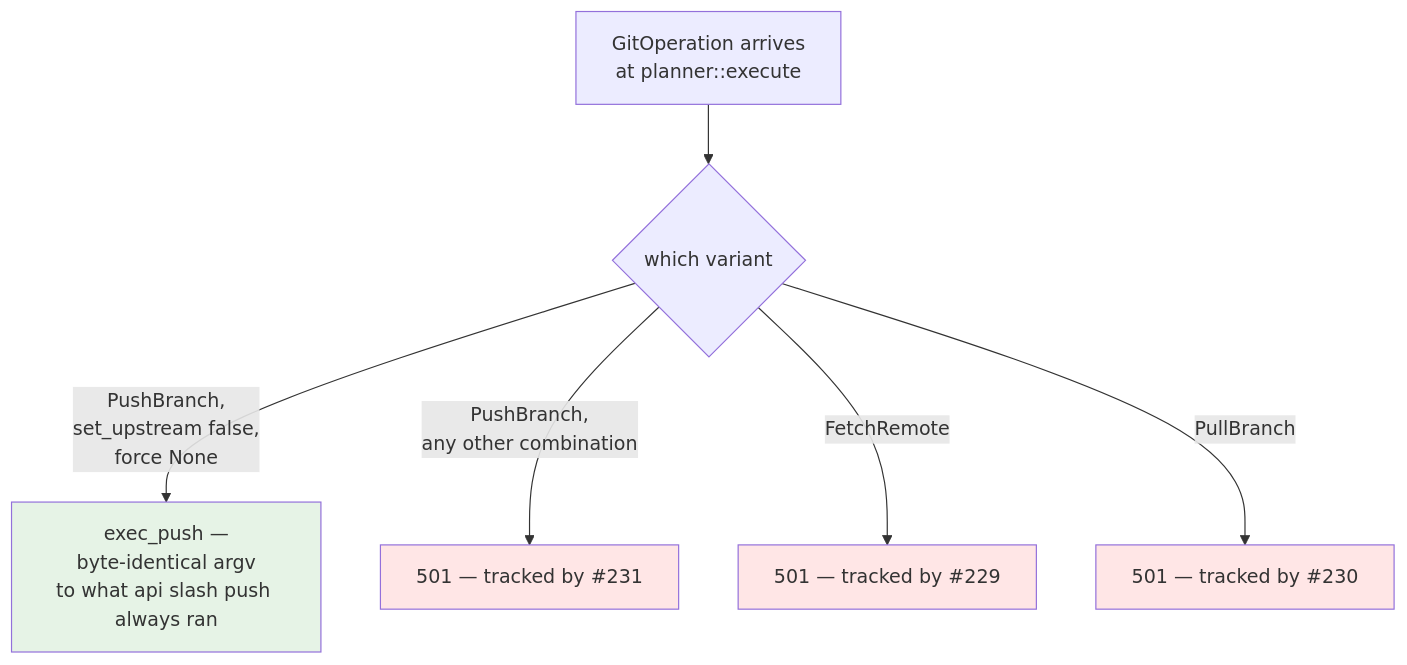
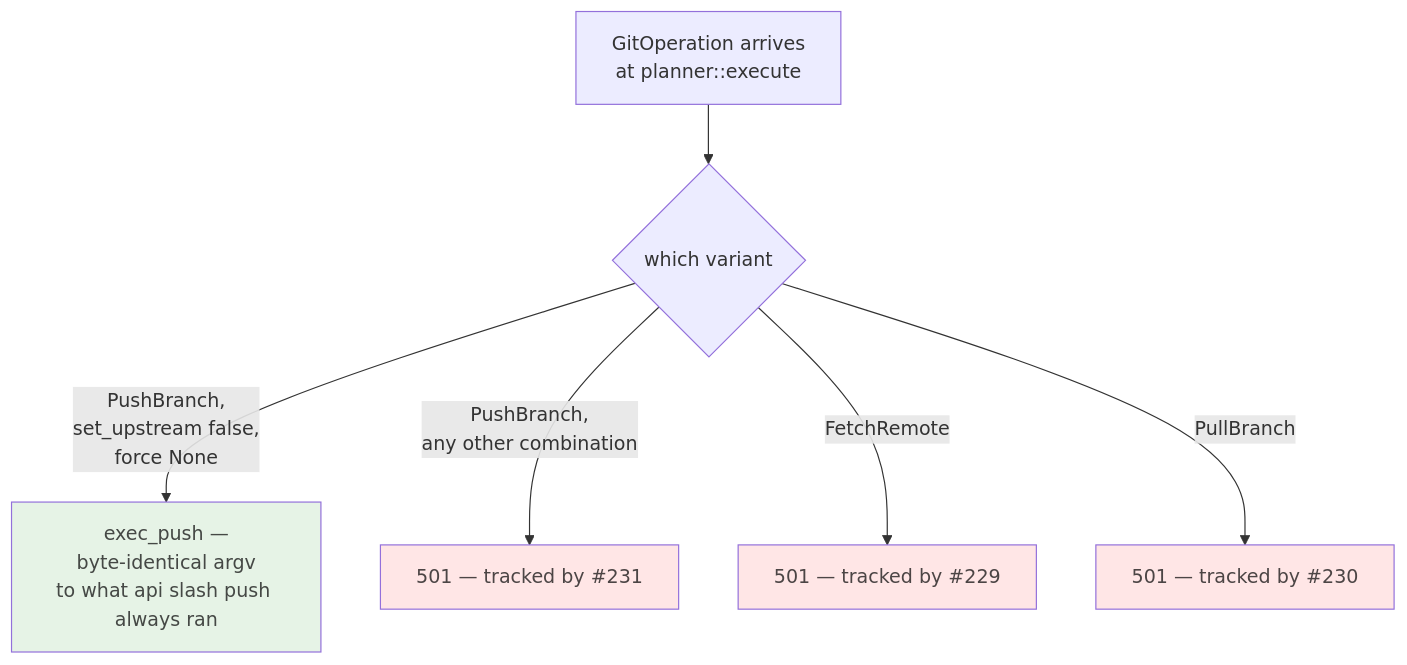
One commit to tom2025b/git-vista changed the sixth of 7 diagrams in docs/adr/0039-remote-operation-vocabulary.md. Above: the diagram before and after it, drawn with Mermaid. The commit also changed other lines of this file and 21 other files, not shown here.

````diff
--- a/docs/adr/0039-remote-operation-vocabulary.md
+++ b/docs/adr/0039-remote-operation-vocabulary.md
@@ -262,12 +262,12 @@
 ```mermaid
 flowchart TD
     Op["GitOperation arrives<br/>at planner::execute"] --> Which{"which variant"}
     Which -->|"PushBranch,<br/>set_upstream false,<br/>force None"| Exec["exec_push —<br/>byte-identical argv<br/>to what api slash push always ran"]
     Which -->|"PushBranch,<br/>any other combination"| R1["501 — tracked by #231"]
     Which -->|"FetchRemote"| R2["501 — tracked by #229"]
     Which -->|"PullBranch"| R3["501 — tracked by #230"]
-    style Exec fill:#e6f3e6
-    style R1 fill:#ffe6e6
-    style R2 fill:#ffe6e6
-    style R3 fill:#ffe6e6
+    style Exec fill:#e6f3e6,color:#454845
+    style R1 fill:#ffe6e6,color:#4c4545
+    style R2 fill:#ffe6e6,color:#4c4545
+    style R3 fill:#ffe6e6,color:#4c4545
 ```
````
